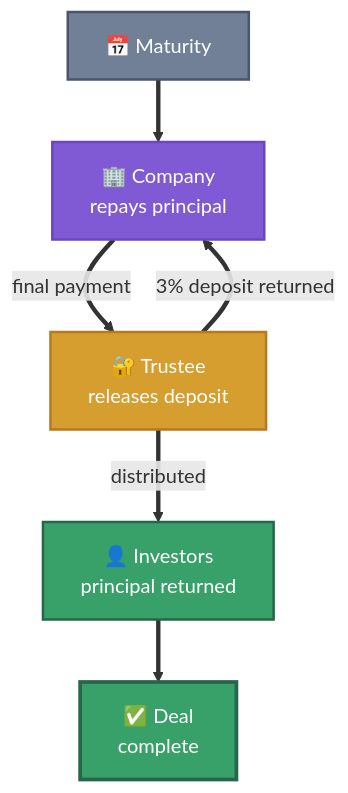
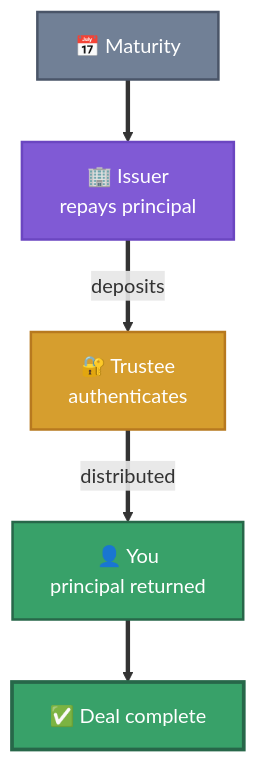
Before and after one commit to hrbrlife/sailsto_website: diagram 11 of 16 in hugo-site/content/players.md, drawn with Mermaid. The commit also changed other lines of this file and 89 other files, not shown here.

```diff
--- a/hugo-site/content/players.md
+++ b/hugo-site/content/players.md
@@ -361,18 +493,17 @@
         <div class="mermaid">
         flowchart TD
             MAT["📅 Maturity"]
-            ISS["🏢 Company&lt;br/&gt;repays principal"]
-            TRU["🔐 Trustee&lt;br/&gt;releases deposit"]
-            INV["👤 Investors&lt;br/&gt;principal returned"]
-            DONE["✅ Deal&lt;br/&gt;complete"]
-            MAT ==> ISS
-            ISS ==>|"final payment"| TRU
-            TRU ==>|"distributed"| INV
-            TRU ==>|"3% deposit returned"| ISS
-            INV ==> DONE
+            CO["🏢 Issuer&lt;br/&gt;repays principal"]
+            TRU["🔐 Trustee&lt;br/&gt;authenticates"]
+            YOU["👤 You&lt;br/&gt;principal returned"]
+            DONE["✅ Deal complete"]
+            MAT ==> CO
+            CO ==>|"deposits"| TRU
+            TRU ==>|"distributed"| YOU
+            YOU ==> DONE
             style MAT fill:#718096,color:#fff,stroke:#4a5568,stroke-width:2px
-            style ISS fill:#805ad5,color:#fff,stroke:#6b46c1,stroke-width:2px
+            style CO fill:#805ad5,color:#fff,stroke:#6b46c1,stroke-width:2px
             style TRU fill:#d69e2e,color:#fff,stroke:#b7791f,stroke-width:2px
-            style INV fill:#38a169,color:#fff,stroke:#276749,stroke-width:2px
+            style YOU fill:#38a169,color:#fff,stroke:#276749,stroke-width:2px
             style DONE fill:#38a169,color:#fff,stroke:#276749,stroke-width:3px
         </div>
```
